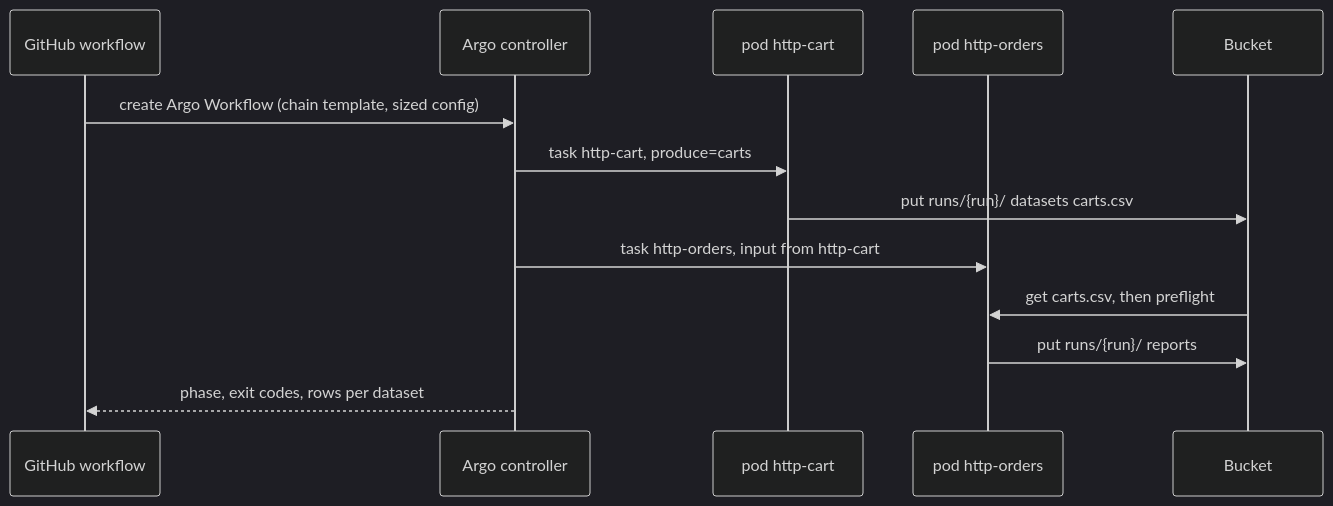
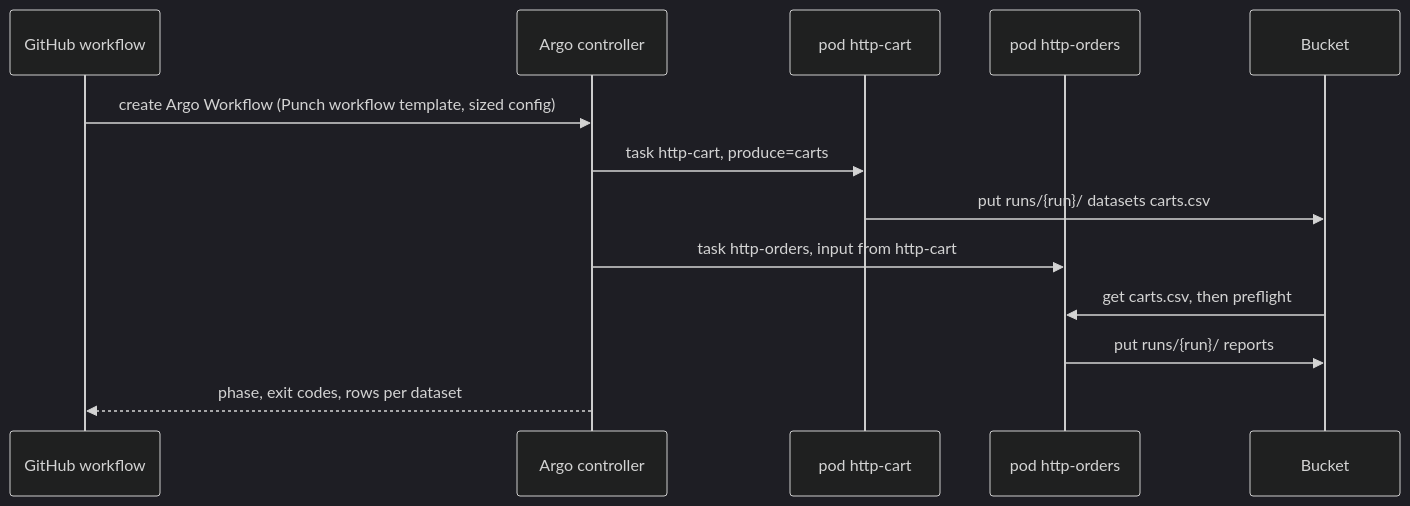
The fourth of 4 diagrams in docs/architecture/orchestrator-to-kubernetes.md (nicopizar00/punch), drawn with Mermaid (dark theme) before and after one commit. The commit also changed other lines of this file and 3 other files, not shown here.

````diff
--- a/docs/architecture/orchestrator-to-kubernetes.md
+++ b/docs/architecture/orchestrator-to-kubernetes.md
@@ -140,15 +157,15 @@
 ```mermaid
 sequenceDiagram
   participant G as GitHub workflow
   participant C as Argo controller
   participant P1 as pod http-cart
   participant P2 as pod http-orders
   participant B as Bucket
-  G->>C: create Argo Workflow (chain template, sized config)
+  G->>C: create Argo Workflow (Punch workflow template, sized config)
   C->>P1: task http-cart, produce=carts
   P1->>B: put runs/{run}/ datasets carts.csv
   C->>P2: task http-orders, input from http-cart
   B->>P2: get carts.csv, then preflight
   P2->>B: put runs/{run}/ reports
   C-->>G: phase, exit codes, rows per dataset
 ```
````
